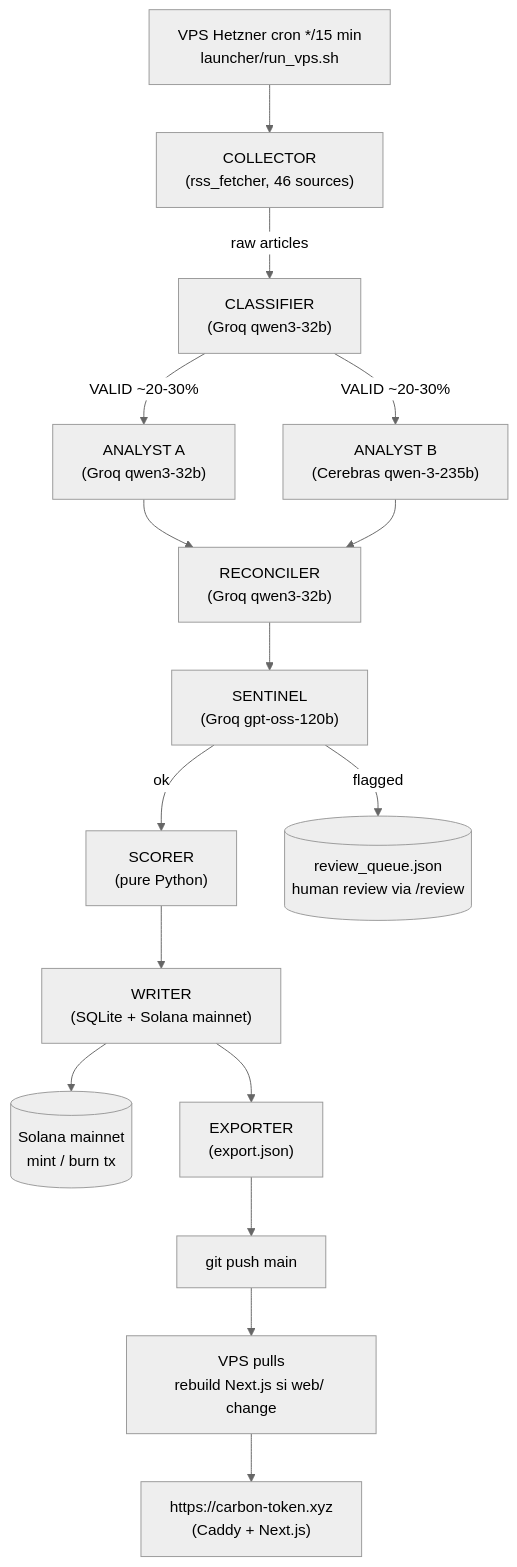
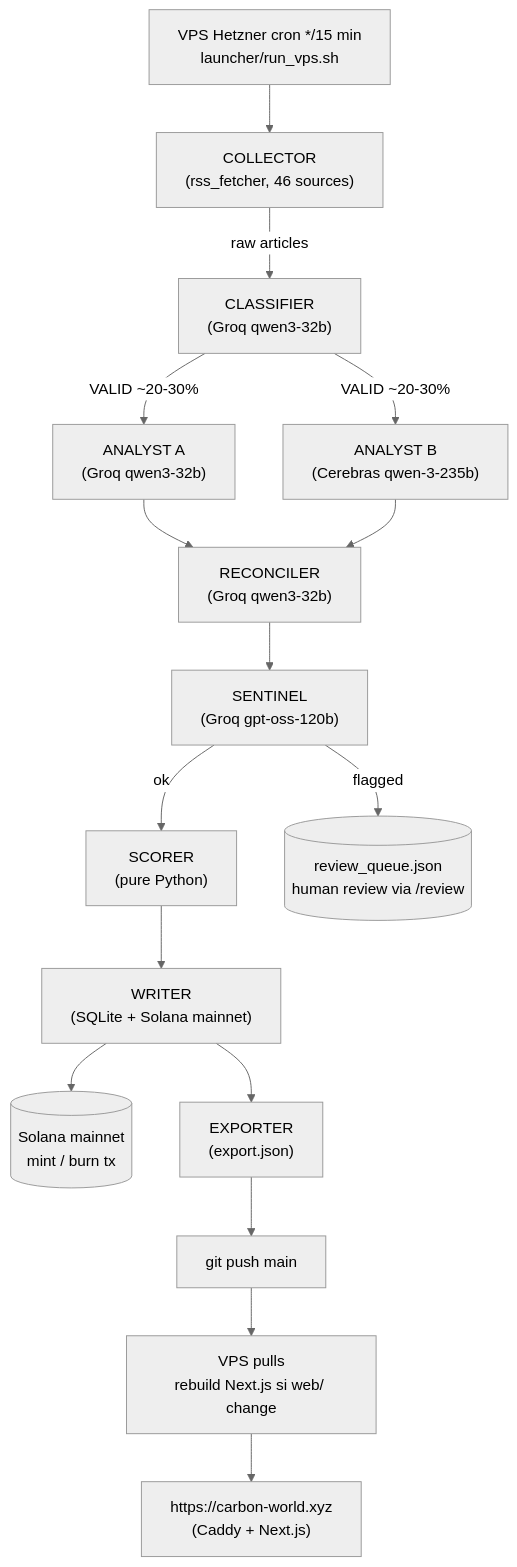
Before and after one commit to NeousAxis/CARBON-WORLD: the diagram in docs/architecture/README.md, drawn with Mermaid (neutral theme). The commit also changed 9 other files, not shown here.

````diff
--- a/docs/architecture/README.md
+++ b/docs/architecture/README.md
@@ -9,19 +9,19 @@
 ```mermaid
 flowchart TD
     CRON["VPS Hetzner cron */15 min<br/>launcher/run_vps.sh"]
     CRON --> COLLECTOR["COLLECTOR<br/>(rss_fetcher, 46 sources)"]
     COLLECTOR -->|raw articles| CLASSIFIER["CLASSIFIER<br/>(Groq qwen3-32b)"]
     CLASSIFIER -->|VALID ~20-30%| ANALYST_A["ANALYST A<br/>(Groq qwen3-32b)"]
     CLASSIFIER -->|VALID ~20-30%| ANALYST_B["ANALYST B<br/>(Cerebras qwen-3-235b)"]
     ANALYST_A --> RECONCILER["RECONCILER<br/>(Groq qwen3-32b)"]
     ANALYST_B --> RECONCILER
     RECONCILER --> SENTINEL["SENTINEL<br/>(Groq gpt-oss-120b)"]
     SENTINEL -->|ok| SCORER["SCORER<br/>(pure Python)"]
     SENTINEL -->|flagged| REVIEW_QUEUE[("review_queue.json<br/>human review via /review")]
     SCORER --> WRITER["WRITER<br/>(SQLite + Solana mainnet)"]
     WRITER --> SOLANA[("Solana mainnet<br/>mint / burn tx")]
     WRITER --> EXPORTER["EXPORTER<br/>(export.json)"]
     EXPORTER --> GITPUSH["git push main"]
     GITPUSH --> VPS_REBUILD["VPS pulls<br/>rebuild Next.js si web/ change"]
-    VPS_REBUILD --> FRONT["https://carbon-token.xyz<br/>(Caddy + Next.js)"]
+    VPS_REBUILD --> FRONT["https://carbon-world.xyz<br/>(Caddy + Next.js)"]
 ```
````
